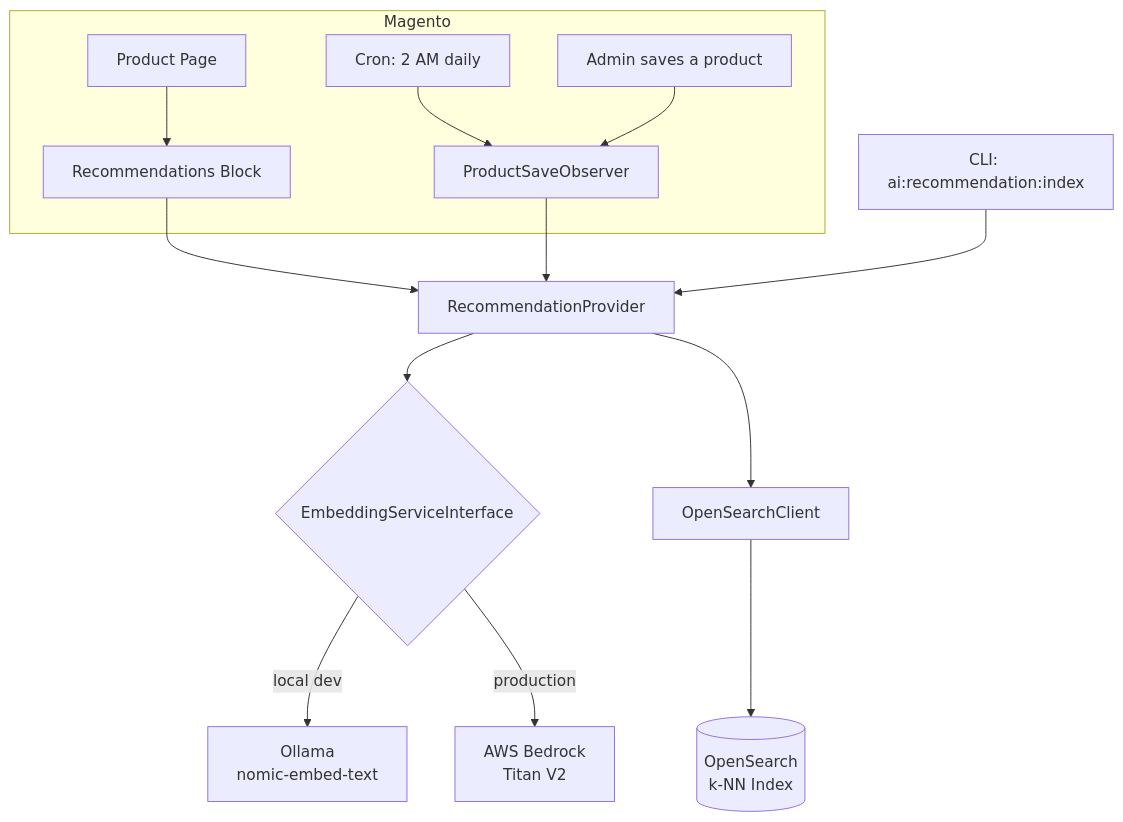
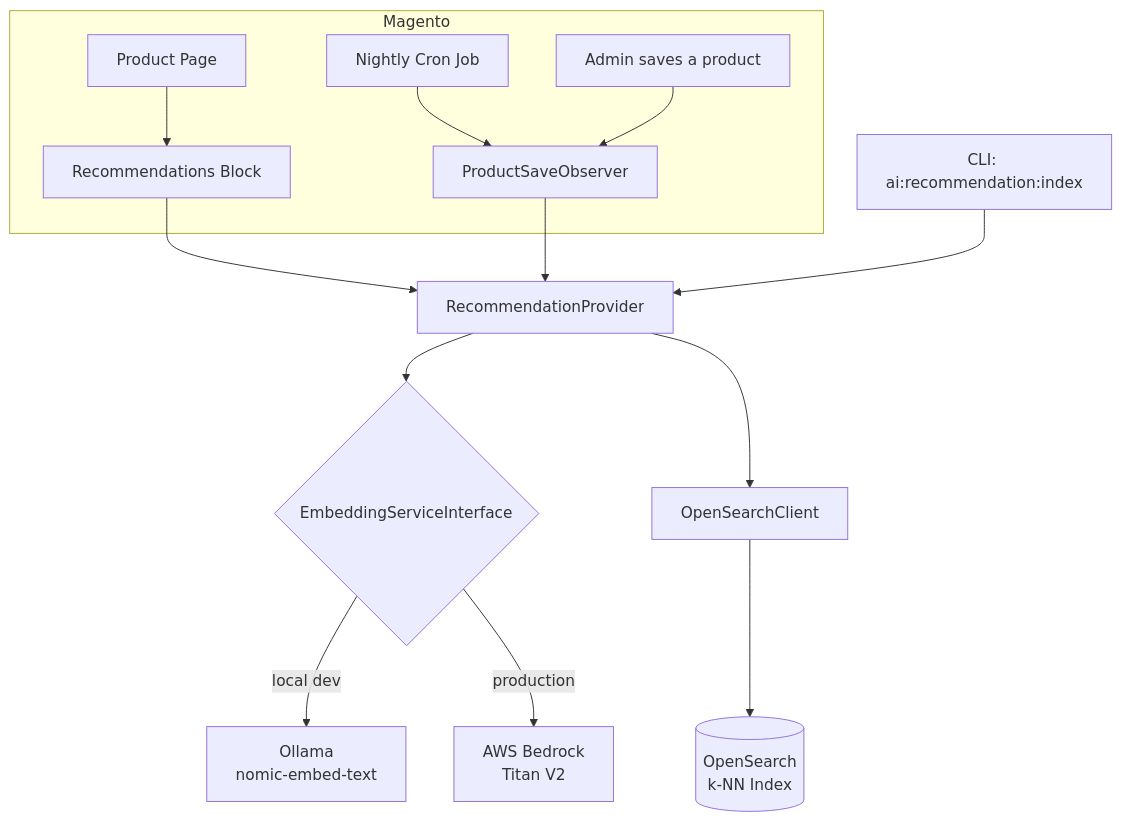
One commit to yadavayush834/magento-aiproductrecommendation changed the second of 2 diagrams in README.md. Above: the diagram before and after it, drawn with Mermaid. The commit also changed other lines of this file and 2 other files, not shown here.

````diff
--- a/README.md
+++ b/README.md
@@ -72,19 +86,19 @@
 ```mermaid
 flowchart TB
     subgraph Magento
         PP[Product Page] --> Block[Recommendations Block]
-        Cron[Cron: 2 AM daily] --> Observer
+        Cron[Nightly Cron Job] --> Observer
         Save[Admin saves a product] --> Observer[ProductSaveObserver]
     end
 
     Block --> RP[RecommendationProvider]
     Observer --> RP
     CLI[CLI: ai:recommendation:index] --> RP
 
     RP --> ES{EmbeddingServiceInterface}
     ES -->|local dev| Ollama[Ollama<br/>nomic-embed-text]
     ES -->|production| Bedrock[AWS Bedrock<br/>Titan V2]
 
     RP --> OSC[OpenSearchClient]
     OSC --> OS[(OpenSearch<br/>k-NN Index)]
 ```
````
